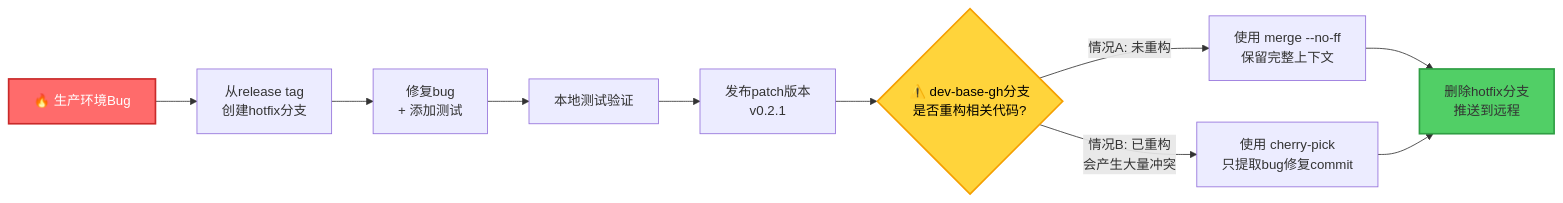
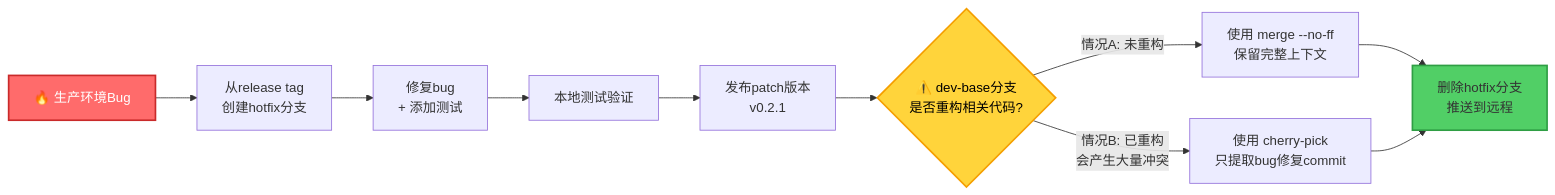
The third of 3 diagrams in CLAUDE-simple.md (morecup/flow-eda), drawn with Mermaid before and after one commit. The commit also changed other lines of this file and 36 other files, not shown here.

````diff
--- a/CLAUDE-simple.md
+++ b/CLAUDE-simple.md
@@ -710,18 +710,18 @@
 ```mermaid
 flowchart LR
     ProductionBug[🔥 生产环境Bug] --> CheckoutTag[从release tag<br/>创建hotfix分支]
 CheckoutTag --> FixBug[修复bug<br/>+ 添加测试]
 FixBug --> TestFix[本地测试验证]
 TestFix --> ReleaseHotfix[发布patch版本<br/>v0.2.1]
-ReleaseHotfix --> CheckMain{⚠️ dev-base-gh分支<br/>是否重构相关代码?}
+ReleaseHotfix --> CheckMain{⚠️ dev-base分支<br/>是否重构相关代码?}
 
 CheckMain -->|情况A: 未重构| MergeCommit[使用 merge --no-ff<br/>保留完整上下文]
 CheckMain -->|情况B: 已重构<br/>会产生大量冲突| CherryPick[使用 cherry-pick<br/>只提取bug修复commit]
 
 MergeCommit --> DeleteBranch[删除hotfix分支<br/>推送到远程]
 CherryPick --> DeleteBranch
 
 style ProductionBug fill:#ff6b6b,stroke:#c92a2a,stroke-width:2px,color:#fff
 style CheckMain fill:#ffd43b,stroke:#f59f00,stroke-width:2px,color:#000
 style DeleteBranch fill:#51cf66,stroke:#2f9e44,stroke-width:2px
 ```
````
